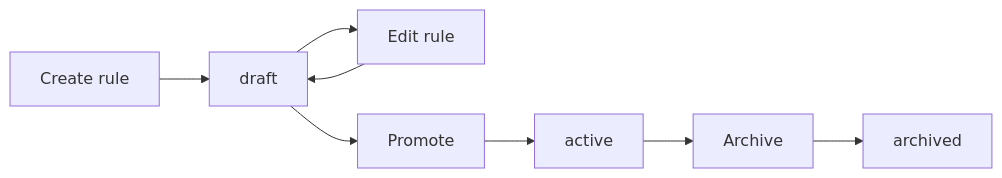
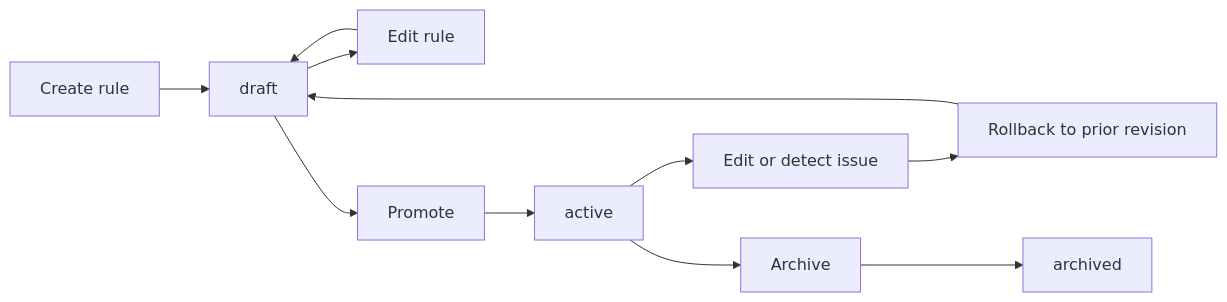
The diagram in docs/blog/rule-lifecycle-management.md (sofeikov/ezrules), drawn with Mermaid before and after one commit. The commit also changed other lines of this file and 15 other files, not shown here.

````diff
--- a/docs/blog/rule-lifecycle-management.md
+++ b/docs/blog/rule-lifecycle-management.md
@@ -45,10 +46,13 @@
 ```mermaid
 flowchart LR
     A[Create rule] --> B[draft]
     B --> C[Edit rule]
     C --> B
     B --> D[Promote]
     D --> E[active]
-    E --> F[Archive]
-    F --> G[archived]
+    E --> F[Edit or detect issue]
+    F --> G[Rollback to prior revision]
+    G --> B
+    E --> H[Archive]
+    H --> I[archived]
 ```
````
